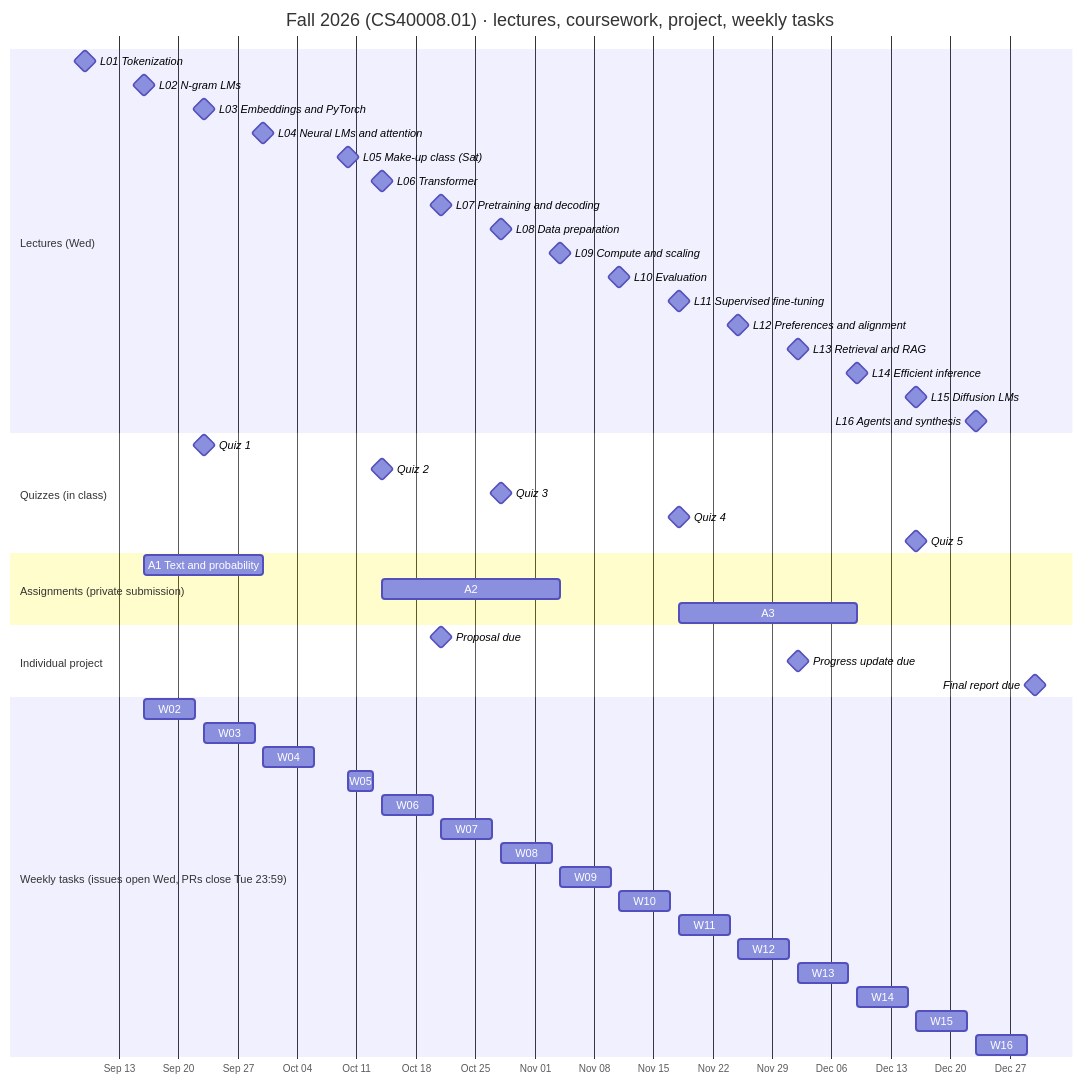
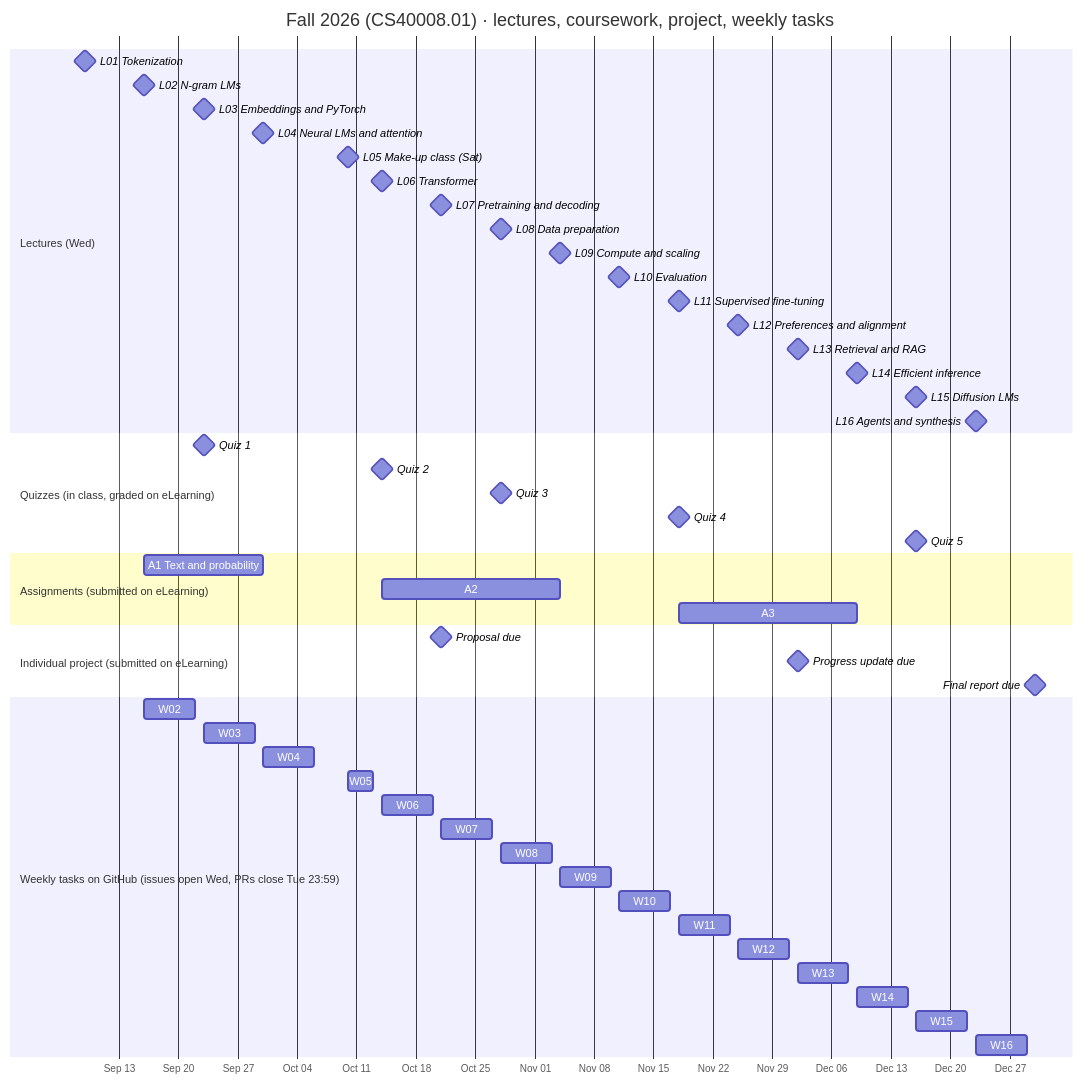
One commit to 22Eren/llm-26-fall changed the first of 3 diagrams in docs/participation-workflow.md. Above: the diagram before and after it, drawn with Mermaid. The commit also changed other lines of this file and 1 other file, not shown here.

First line of the commit message:
README and participation workflow: say where each kind of work is submitted

````diff
--- a/docs/participation-workflow.md
+++ b/docs/participation-workflow.md
@@ -16,59 +34,59 @@
 ```mermaid
 gantt
     title Fall 2026 (CS40008.01) · lectures, coursework, project, weekly tasks
     dateFormat YYYY-MM-DD
     axisFormat %b %d
     todayMarker off
 
     section Lectures (Wed)
     L01 Tokenization              :milestone, l01, 2026-09-09, 0d
     L02 N-gram LMs                :milestone, l02, 2026-09-16, 0d
     L03 Embeddings and PyTorch    :milestone, l03, 2026-09-23, 0d
     L04 Neural LMs and attention  :milestone, l04, 2026-09-30, 0d
     L05 Make-up class (Sat)       :milestone, l05, 2026-10-10, 0d
     L06 Transformer               :milestone, l06, 2026-10-14, 0d
     L07 Pretraining and decoding  :milestone, l07, 2026-10-21, 0d
     L08 Data preparation          :milestone, l08, 2026-10-28, 0d
     L09 Compute and scaling       :milestone, l09, 2026-11-04, 0d
     L10 Evaluation                :milestone, l10, 2026-11-11, 0d
     L11 Supervised fine-tuning    :milestone, l11, 2026-11-18, 0d
     L12 Preferences and alignment :milestone, l12, 2026-11-25, 0d
     L13 Retrieval and RAG         :milestone, l13, 2026-12-02, 0d
     L14 Efficient inference       :milestone, l14, 2026-12-09, 0d
     L15 Diffusion LMs             :milestone, l15, 2026-12-16, 0d
     L16 Agents and synthesis      :milestone, l16, 2026-12-23, 0d
 
-    section Quizzes (in class)
+    section Quizzes (in class, graded on eLearning)
     Quiz 1 :milestone, 2026-09-23, 0d
     Quiz 2 :milestone, 2026-10-14, 0d
     Quiz 3 :milestone, 2026-10-28, 0d
     Quiz 4 :milestone, 2026-11-18, 0d
     Quiz 5 :milestone, 2026-12-16, 0d
 
-    section Assignments (private submission)
+    section Assignments (submitted on eLearning)
     A1 Text and probability :a1, 2026-09-16, 2026-09-30
     A2                      :a2, 2026-10-14, 2026-11-04
     A3                      :a3, 2026-11-18, 2026-12-09
 
-    section Individual project
+    section Individual project (submitted on eLearning)
     Proposal due        :milestone, 2026-10-21, 0d
     Progress update due :milestone, 2026-12-02, 0d
     Final report due    :milestone, 2026-12-30, 0d
 
-    section Weekly tasks (issues open Wed, PRs close Tue 23:59)
+    section Weekly tasks on GitHub (issues open Wed, PRs close Tue 23:59)
     W02 :t02, 2026-09-16, 2026-09-22
     W03 :t03, 2026-09-23, 2026-09-29
     W04 :t04, 2026-09-30, 2026-10-06
     W05 :t05, 2026-10-10, 2026-10-13
     W06 :t06, 2026-10-14, 2026-10-20
     W07 :t07, 2026-10-21, 2026-10-27
     W08 :t08, 2026-10-28, 2026-11-03
     W09 :t09, 2026-11-04, 2026-11-10
     W10 :t10, 2026-11-11, 2026-11-17
     W11 :t11, 2026-11-18, 2026-11-24
     W12 :t12, 2026-11-25, 2026-12-01
     W13 :t13, 2026-12-02, 2026-12-08
     W14 :t14, 2026-12-09, 2026-12-15
     W15 :t15, 2026-12-16, 2026-12-22
     W16 :t16, 2026-12-23, 2026-12-29
 ```
````
